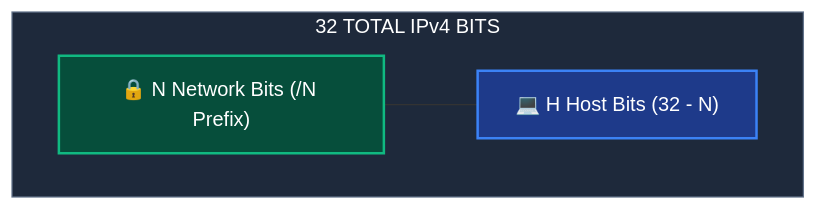
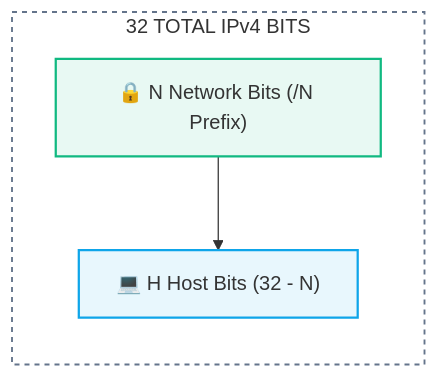
Before and after one commit to abhinavbharti2345/CS_Notes: the second of 2 diagrams in Computer Networking/Subnet Masks and CIDR Notation.md, drawn with Mermaid. The commit also changed other lines of this file and 47 other files, not shown here.

Commit message:
docs: add computer science study notes and generate graphify visualization output

````diff
--- a/Computer Networking/Subnet Masks and CIDR Notation.md
+++ b/Computer Networking/Subnet Masks and CIDR Notation.md
@@ -63,13 +71,17 @@
 ```mermaid
-flowchart LR
+flowchart TD
     subgraph TotalBits["32 TOTAL IPv4 BITS"]
-        direction LR
+        direction TD
         N["🔒 N Network Bits (/N Prefix)"]
         H["💻 H Host Bits (32 - N)"]
-        N --- H
+        N --> H
     end
 
-    style TotalBits fill:#1e293b,stroke:#64748b,color:#fff
-    style N fill:#064e3b,stroke:#10b981,stroke-width:2px,color:#fff
-    style H fill:#1e3a8a,stroke:#3b82f6,stroke-width:2px,color:#fff
+    style TotalBits fill:none,stroke:#64748b,stroke-width:1.5px,stroke-dasharray:4 4
+
+    classDef n fill:#10b98118,stroke:#10b981,stroke-width:1.8px;
+    classDef h fill:#0ea5e918,stroke:#0ea5e9,stroke-width:1.8px;
+
+    class N n;
+    class H h;
 ```
````
